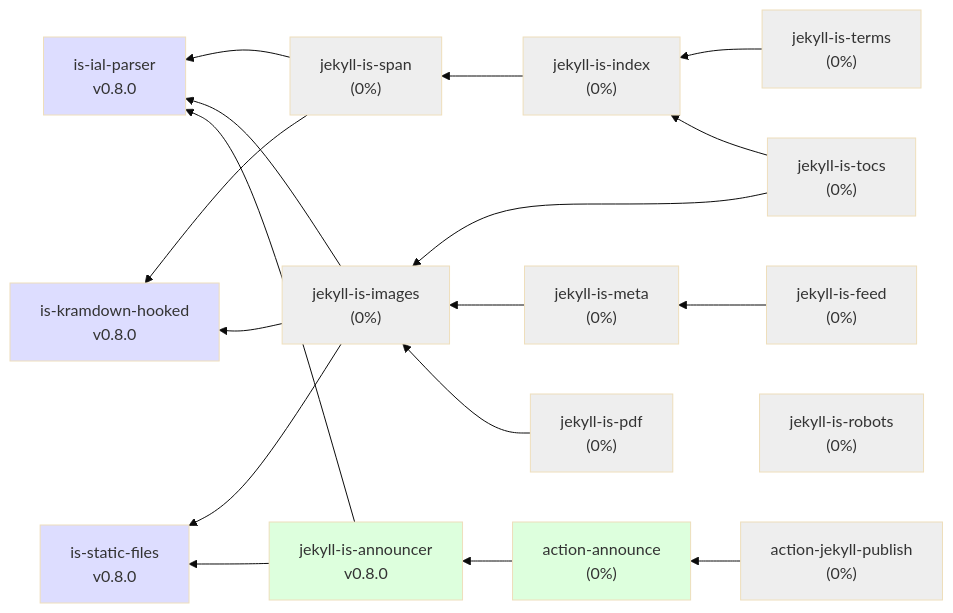
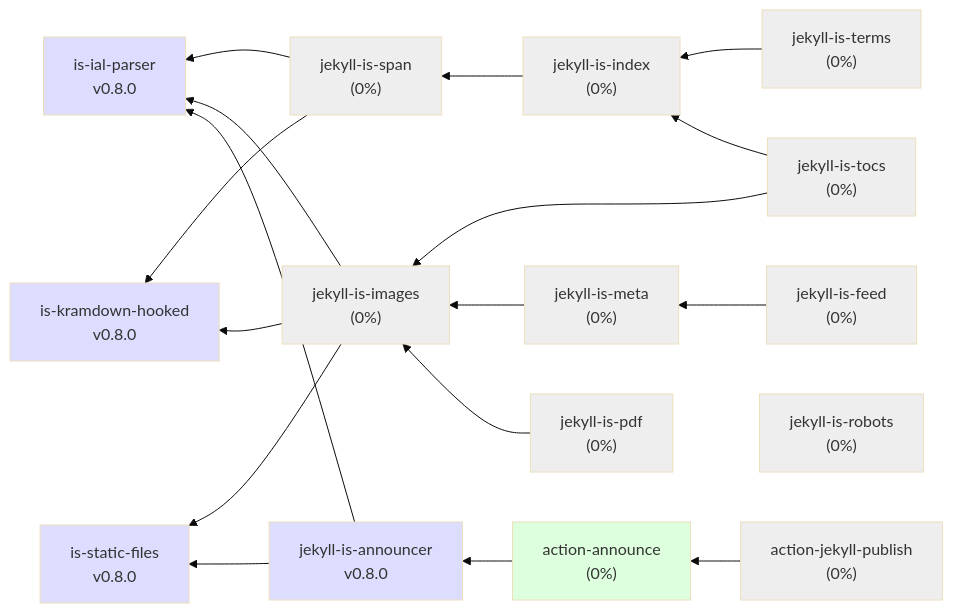
One commit to jekyll-is/.github changed the diagram in profile/README.md. Above: the diagram before and after it, drawn with Mermaid (base theme).

````diff
--- a/profile/README.md
+++ b/profile/README.md
@@ -7,59 +7,59 @@
 ```mermaid
 graph RL
   ial["is-ial-parser<br>v0.8.0"]
   kramdown["is-kramdown-hooked<br>v0.8.0"]
   statics["is-static-files<br>v0.8.0"]
   span["jekyll-is-span<br>(0%)"] --> ial
   span --> kramdown
   index["jekyll-is-index<br>(0%)"] --> span
   abbr["jekyll-is-terms<br>(0%)"] --> index
   images["jekyll-is-images<br>(0%)"] --> ial
   images --> kramdown
   images --> statics
   tocs["jekyll-is-tocs<br>(0%)"] --> images
   tocs --> index
   meta["jekyll-is-meta<br>(0%)"] --> images
   feed["jekyll-is-feed<br>(0%)"] --> meta
   robots["jekyll-is-robots<br>(0%)"]
   announcer["jekyll-is-announcer<br>v0.8.0"] --> statics
   announcer --> ial
   act-announce["action-announce<br>(0%)"] --> announcer
   publish["action-jekyll-publish<br>(0%)"] --> act-announce
   pdf["jekyll-is-pdf<br>(0%)"] --> images
 
 click ial "https://github.com/jekyll-is/is-ial-parser"
 click kramdown "https://github.com/jekyll-is/is-kramdown-hooked"
 click announcer "https://github.com/jekyll-is/jekyll-is-announcer"
 click act-announce "https://github.com/jekyll-is/action-announce"
 click publish "https://github.com/jekyll-is/action-jekyll-publish"
 click images "https://github.com/jekyll-is/jekyll-is-images"
 click robots "https://github.com/jekyll-is/jekyll-is-robots"
 click meta "https://github.com/jekyll-is/jekyll-is-meta"
 click pdf "https://github.com/jekyll-is/jekyll-is-pdf"
 click tocs "https://github.com/jekyll-is/jekyll-is-tocs"
 click feed "https://github.com/jekyll-is/jekyll-is-feed"
 click index "https://github.com/jekyll-is/jekyll-is-index"
 click span "https://github.com/jekyll-is/jekyll-is-span"
 click abbr "https://github.com/jekyll-is/jekyll-is-terms"
 click statics "https://github.com/jekyll-is/is-static-files"
 
 classDef green fill:#DFD
 classDef gray fill:#EEE
 classDef blue fill:#DDF
 
 class ial blue
 class kramdown blue
 class images gray
-class announcer green
+class announcer blue
 class act-announce green
 class publish gray
 class pdf gray
 class span gray
 class index gray
 class feed gray
 class meta gray
 class robots gray
 class tocs gray
 class abbr gray
 class statics blue
 ```
````
